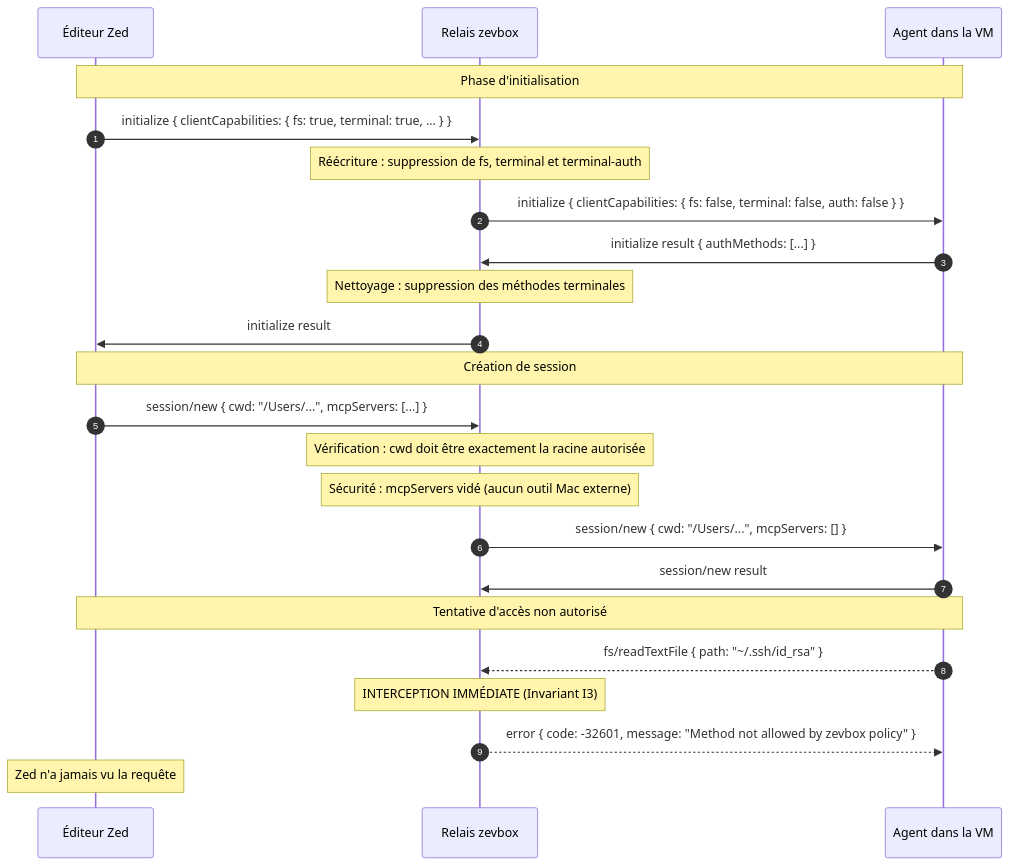
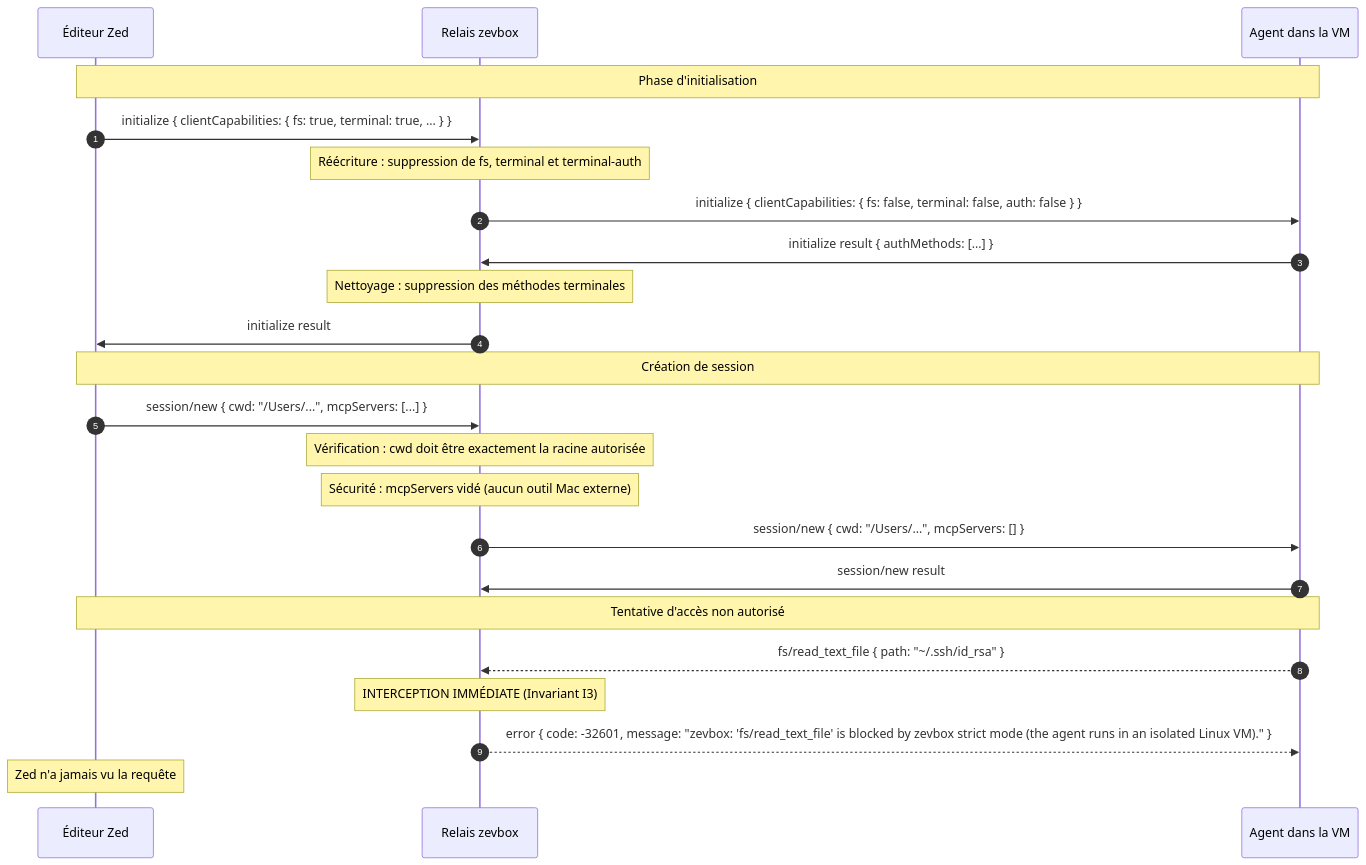
One commit to brainztorm/zevbox changed the fourth of 7 diagrams in docs/fr/ARCHITECTURE.md. Above: the diagram before and after it, drawn with Mermaid. The commit also changed other lines of this file and 5 other files, not shown here.

````diff
--- a/docs/fr/ARCHITECTURE.md
+++ b/docs/fr/ARCHITECTURE.md
@@ -151,28 +151,28 @@
 ```mermaid
 sequenceDiagram
     autonumber
     participant Zed as Éditeur Zed
     participant Relay as Relais zevbox
     participant Agent as Agent dans la VM
 
     Note over Zed,Agent: Phase d'initialisation
     Zed->>Relay: initialize { clientCapabilities: { fs: true, terminal: true, ... } }
     Note over Relay: Réécriture : suppression de fs, terminal et terminal-auth
     Relay->>Agent: initialize { clientCapabilities: { fs: false, terminal: false, auth: false } }
     Agent->>Relay: initialize result { authMethods: [...] }
     Note over Relay: Nettoyage : suppression des méthodes terminales
     Relay->>Zed: initialize result
 
     Note over Zed,Agent: Création de session
     Zed->>Relay: session/new { cwd: "/Users/...", mcpServers: [...] }
     Note over Relay: Vérification : cwd doit être exactement la racine autorisée
     Note over Relay: Sécurité : mcpServers vidé (aucun outil Mac externe)
     Relay->>Agent: session/new { cwd: "/Users/...", mcpServers: [] }
     Agent->>Relay: session/new result
 
     Note over Zed,Agent: Tentative d'accès non autorisé
-    Agent-->>Relay: fs/readTextFile { path: "~/.ssh/id_rsa" }
+    Agent-->>Relay: fs/read_text_file { path: "~/.ssh/id_rsa" }
     Note over Relay: INTERCEPTION IMMÉDIATE (Invariant I3)
-    Relay-->>Agent: error { code: -32601, message: "Method not allowed by zevbox policy" }
+    Relay-->>Agent: error { code: -32601, message: "zevbox: 'fs/read_text_file' is blocked by zevbox strict mode (the agent runs in an isolated Linux VM)." }
     Note over Zed: Zed n'a jamais vu la requête
 ```
````
